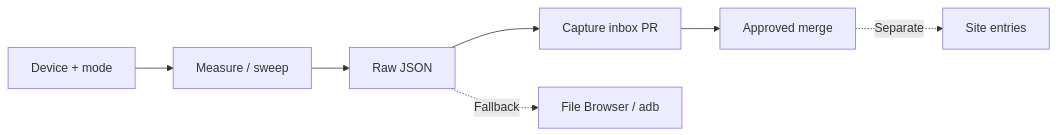
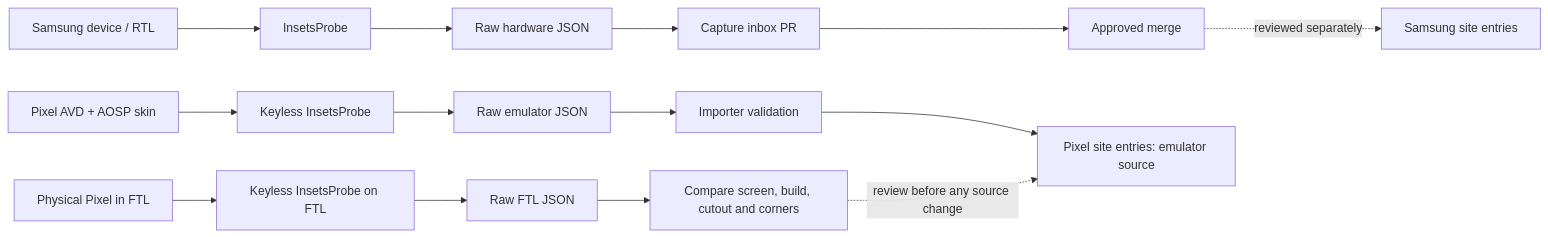
Before and after one commit to easyhooon/windowinsets.info: the diagram in README.md, drawn with Mermaid. The commit also changed other lines of this file and 2 other files, not shown here.

First line of the commit message:
docs: explain Pixel hardware checks and FTL workflow

````diff
--- a/README.md
+++ b/README.md
@@ -43,6 +43,8 @@
 ```mermaid
 flowchart LR
-    A["Device + mode"] --> B["Measure / sweep"] --> C["Raw JSON"] --> D["Capture inbox PR"] --> E["Approved merge"]
-    C -. "Fallback" .-> F["File Browser / adb"]
-    E -. "Separate" .-> G["Site entries"]
+    S["Samsung device / RTL"] --> SP["InsetsProbe"] --> SR["Raw hardware JSON"] --> IN["Capture inbox PR"] --> AM["Approved merge"]
+    AM -. "reviewed separately" .-> SS["Samsung site entries"]
+    A["Pixel AVD + AOSP skin"] --> AP["Keyless InsetsProbe"] --> AR["Raw emulator JSON"] --> IM["Importer validation"] --> PS["Pixel site entries: emulator source"]
+    F["Physical Pixel in FTL"] --> FP["Keyless InsetsProbe on FTL"] --> FR["Raw FTL JSON"] --> CO["Compare screen, build, cutout and corners"]
+    CO -. "review before any source change" .-> PS
 ```
````
